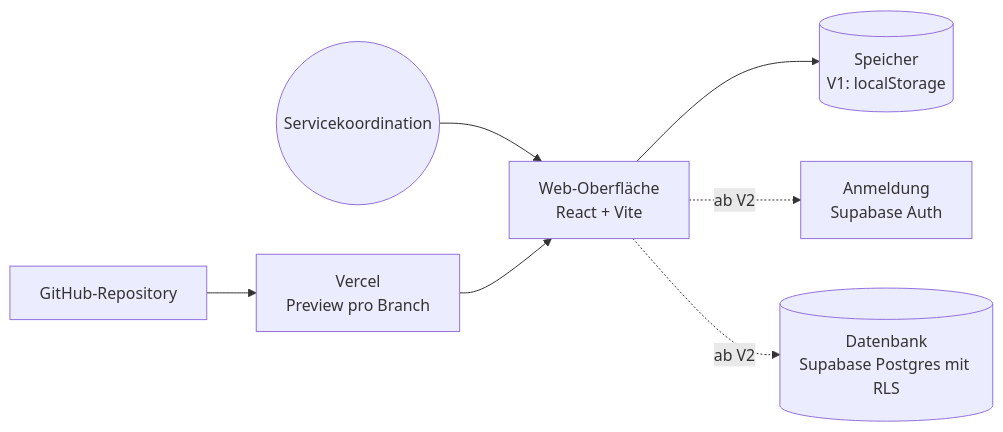
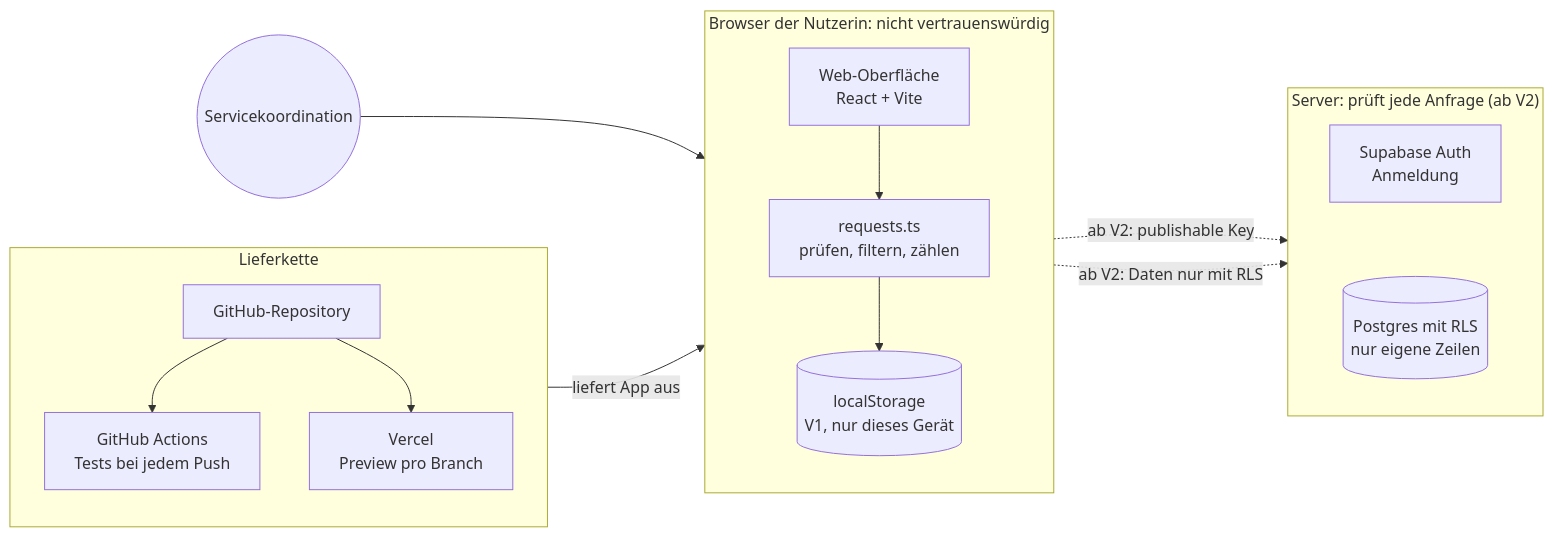
The diagram in examples/de/docs/architektur.md (sebmer-com/AI-Coding), drawn with Mermaid before and after one commit. The commit also changed other lines of this file and 25 other files, not shown here.

First line of the commit message:
Docs: DESIGN.md, Mermaid architecture source, plan status and gates

````diff
--- a/examples/de/docs/architektur.md
+++ b/examples/de/docs/architektur.md
@@ -5,9 +5,29 @@
 ```mermaid
 flowchart LR
-  Nutzer((Servicekoordination)) --> UI[Web-Oberfläche<br/>React + Vite]
-  UI --> Store[(Speicher<br/>V1: localStorage)]
-  UI -. ab V2 .-> Auth[Anmeldung<br/>Supabase Auth]
-  UI -. ab V2 .-> DB[(Datenbank<br/>Supabase Postgres mit RLS)]
-  Repo[GitHub-Repository] --> Deploy[Vercel<br/>Preview pro Branch]
-  Deploy --> UI
+  Nutzer((Servicekoordination))
+  subgraph Lieferkette["Lieferkette"]
+    direction TB
+    Repo["GitHub-Repository"]
+    CI["GitHub Actions<br/>Tests bei jedem Push"]
+    Host["Vercel<br/>Preview pro Branch"]
+  end
+  subgraph Browser["Browser der Nutzerin: nicht vertrauenswürdig"]
+    direction TB
+    UI["Web-Oberfläche<br/>React + Vite"]
+    Logik["requests.ts<br/>prüfen, filtern, zählen"]
+    Store[("localStorage<br/>V1, nur dieses Gerät")]
+  end
+  subgraph Server["Server: prüft jede Anfrage (ab V2)"]
+    direction TB
+    Auth["Supabase Auth<br/>Anmeldung"]
+    DB[("Postgres mit RLS<br/>nur eigene Zeilen")]
+  end
+  Auth ~~~ DB
+  Repo --> CI
+  Repo --> Host
+  Host -- "liefert App aus" --> UI
+  Nutzer --> UI
+  UI --> Logik --> Store
+  UI -. "ab V2: publishable Key" .-> Auth
+  Logik -. "ab V2: Daten nur mit RLS" .-> DB
 ```
````
